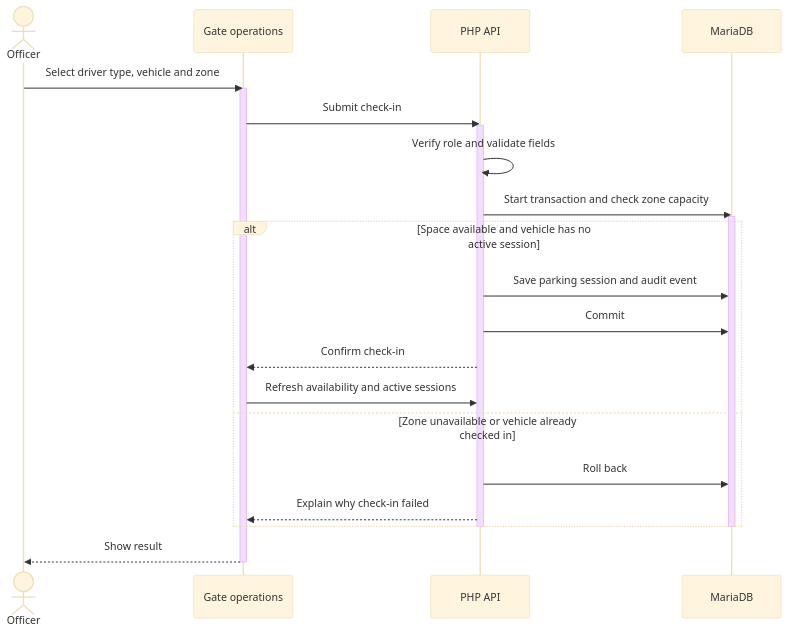
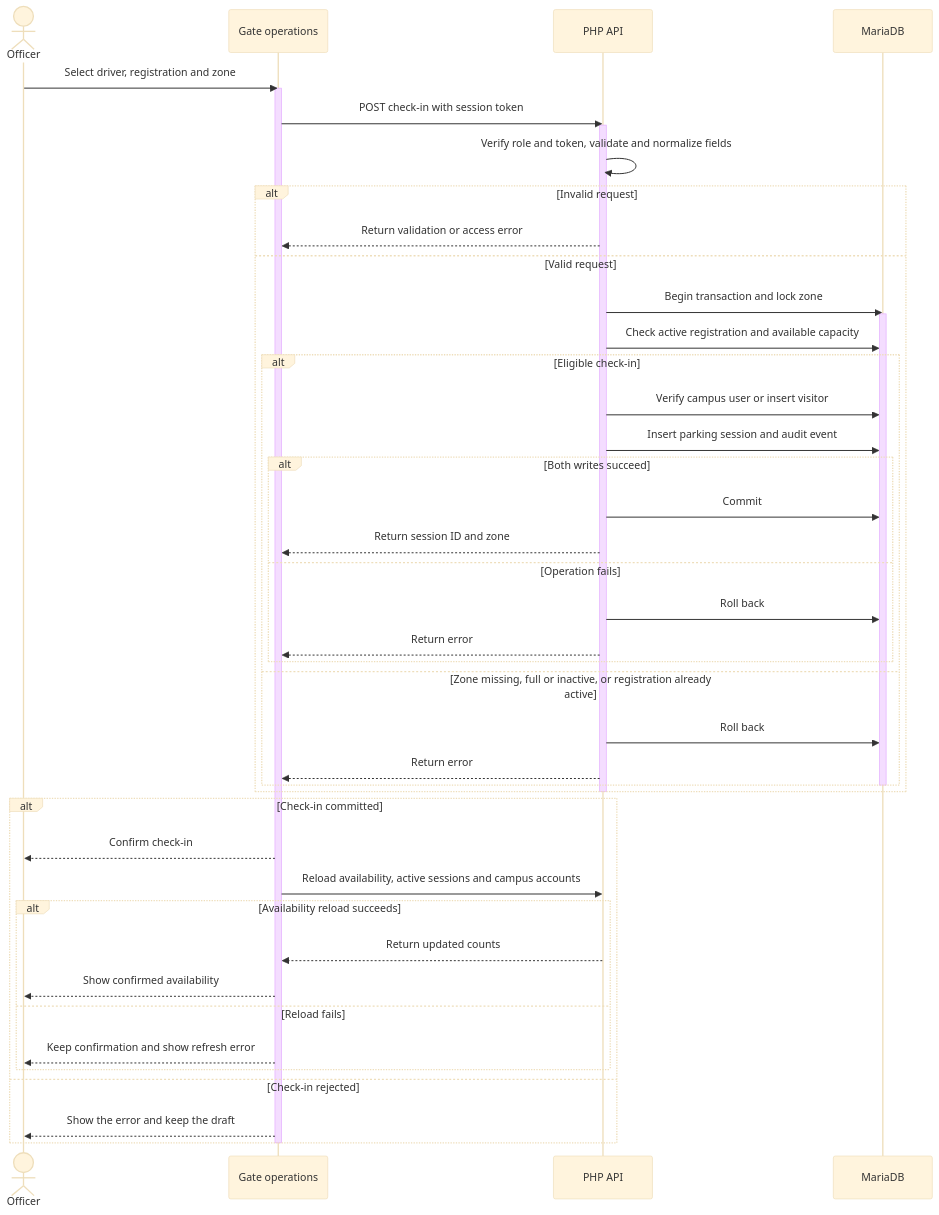
Before and after one commit to davisyegon-lab/car-park-system: the second of 2 diagrams in README.md, drawn with Mermaid (base theme). The commit also changed other lines of this file and 3 other files, not shown here.

Commit message:
Finish parking acceptance, fix gate confirmation, and document handover

````diff
--- a/README.md
+++ b/README.md
@@ -125,27 +139,48 @@
 ```mermaid
 sequenceDiagram
     actor Officer
     participant Gate as Gate operations
     participant API as PHP API
     participant DB as MariaDB
-    Officer->>Gate: Select driver type, vehicle and zone
+    Officer->>Gate: Select driver, registration and zone
     activate Gate
-    Gate->>API: Submit check-in
+    Gate->>API: POST check-in with session token
     activate API
-    API->>API: Verify role and validate fields
-    API->>DB: Start transaction and check zone capacity
-    activate DB
-    alt Space available and vehicle has no active session
-        API->>DB: Save parking session and audit event
-        API->>DB: Commit
-        API-->>Gate: Confirm check-in
-        Gate->>API: Refresh availability and active sessions
-    else Zone unavailable or vehicle already checked in
-        API->>DB: Roll back
-        API-->>Gate: Explain why check-in failed
+    API->>API: Verify role and token, validate and normalize fields
+    alt Invalid request
+        API-->>Gate: Return validation or access error
+    else Valid request
+        API->>DB: Begin transaction and lock zone
+        activate DB
+        API->>DB: Check active registration and available capacity
+        alt Eligible check-in
+            API->>DB: Verify campus user or insert visitor
+            API->>DB: Insert parking session and audit event
+            alt Both writes succeed
+                API->>DB: Commit
+                API-->>Gate: Return session ID and zone
+            else Operation fails
+                API->>DB: Roll back
+                API-->>Gate: Return error
+            end
+        else Zone missing, full or inactive, or registration already active
+            API->>DB: Roll back
+            API-->>Gate: Return error
+        end
+        deactivate DB
     end
-    deactivate DB
     deactivate API
-    Gate-->>Officer: Show result
+    alt Check-in committed
+        Gate-->>Officer: Confirm check-in
+        Gate->>API: Reload availability, active sessions and campus accounts
+        alt Availability reload succeeds
+            API-->>Gate: Return updated counts
+            Gate-->>Officer: Show confirmed availability
+        else Reload fails
+            Gate-->>Officer: Keep confirmation and show refresh error
+        end
+    else Check-in rejected
+        Gate-->>Officer: Show the error and keep the draft
+    end
     deactivate Gate
 ```
````
